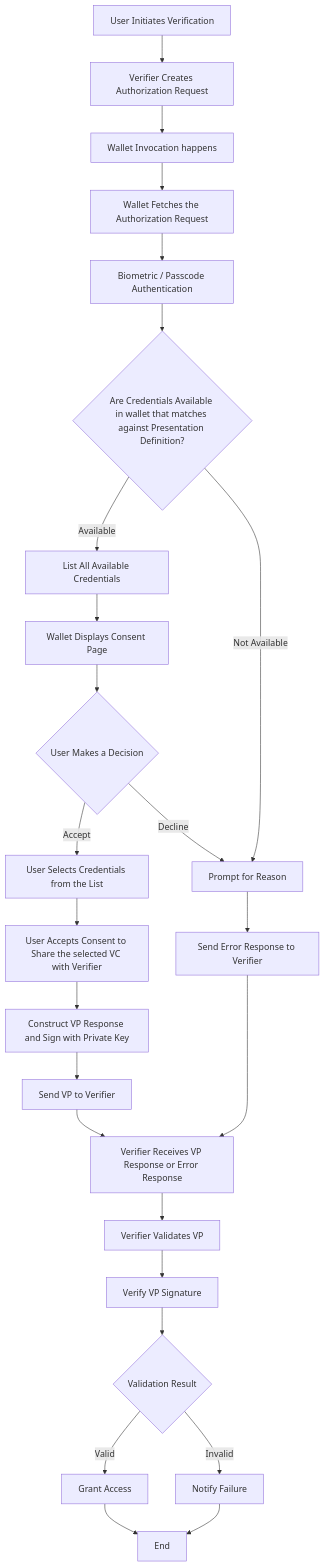
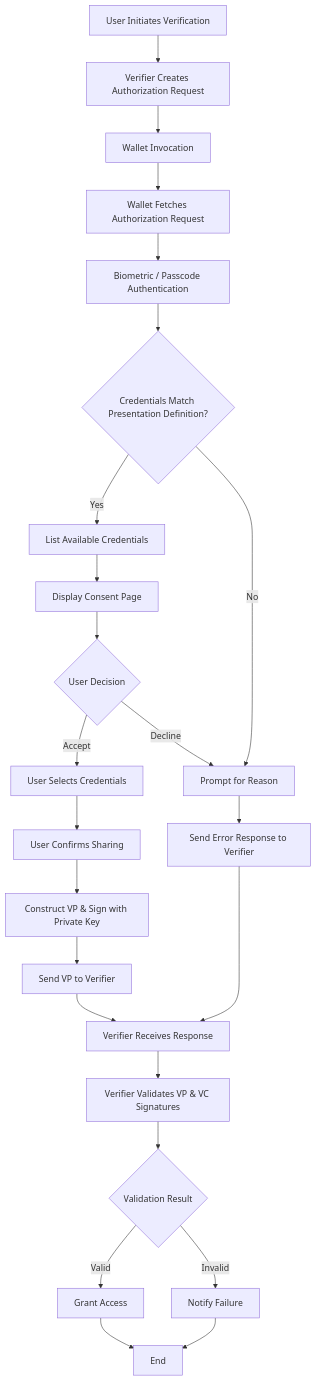
One commit to mosip/inji-verify changed the diagram in docs/OpenID4VPSameDeviceFlow.md. Above: the diagram before and after it, drawn with Mermaid. The commit also changed other lines of this file and 2 other files, not shown here.

````diff
--- a/docs/OpenID4VPSameDeviceFlow.md
+++ b/docs/OpenID4VPSameDeviceFlow.md
@@ -58,27 +159,35 @@
 ```mermaid
 flowchart TD
-A[User Initiates Verification] --> B[Verifier Creates Authorization Request]
-B --> C[Wallet Invocation happens]
-C --> D[Wallet Fetches the Authorization Request]
-D --> E[Biometric / Passcode Authentication]
-E --> F{Are Credentials Available in wallet that matches against Presentation Definition?}
-F -- Available --> G[List All Available Credentials]
-G --> H[Wallet Displays Consent Page]
-H --> I{User Makes a Decision}
-I -- Accept --> J[User Selects Credentials from the List]
-I -- Decline --> K[Prompt for Reason]
-J --> L[User Accepts Consent to Share the selected VC with Verifier]
-L --> M[Construct VP Response and Sign with Private Key]
-M --> N[Send VP to Verifier]
-K --> N1[Send Error Response to Verifier]
-N --> O[Verifier Receives VP Response or Error Response]
-N1 --> O
-O --> P[Verifier Validates VP]
-P --> Q[Verify VP Signature]
-Q --> R{Validation Result}
-R -- Valid --> S[Grant Access]
-R -- Invalid --> T[Notify Failure]
-S --> U[End]
-T --> U
-F -- Not Available --> K[Prompt for Reason]
+    A[User Initiates Verification] --> B[Verifier Creates Authorization Request]
+    B --> C[Wallet Invocation]
+    C --> D[Wallet Fetches Authorization Request]
+    D --> E[Biometric / Passcode Authentication]
+    E --> F{Credentials Match Presentation Definition?}
+    
+    F -- Yes --> G[List Available Credentials]
+    G --> H[Display Consent Page]
+    H --> I{User Decision}
+    
+    I -- Accept --> J[User Selects Credentials]
+    I -- Decline --> K[Prompt for Reason]
+    
+    J --> L[User Confirms Sharing]
+    L --> M[Construct VP & Sign with Private Key]
+    M --> N[Send VP to Verifier]
+    
+    K --> N1[Send Error Response to Verifier]
+    
+    F -- No --> K
+    
+    N --> O[Verifier Receives Response]
+    N1 --> O
+    
+    O --> P[Verifier Validates VP & VC Signatures]
+    P --> R{Validation Result}
+    
+    R -- Valid --> S[Grant Access]
+    R -- Invalid --> T[Notify Failure]
+    
+    S --> U[End]
+    T --> U
 ```
````
